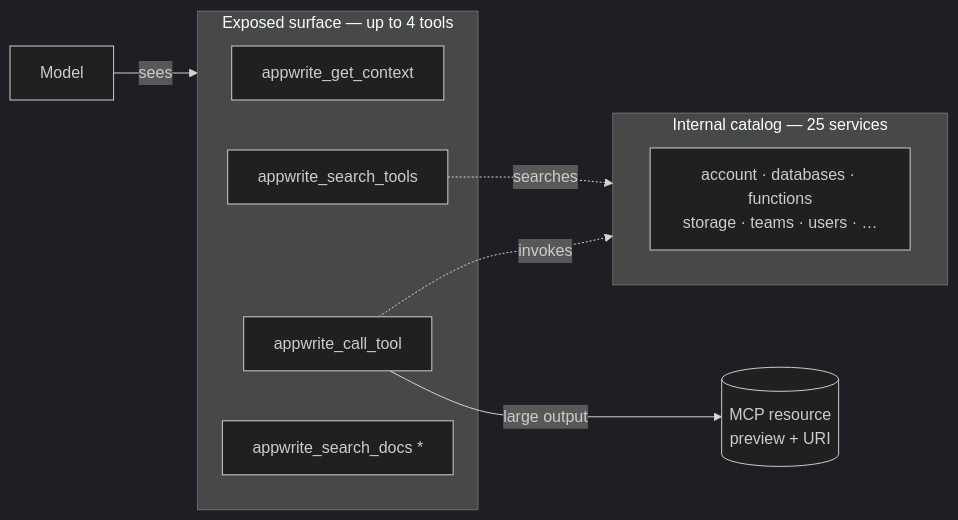
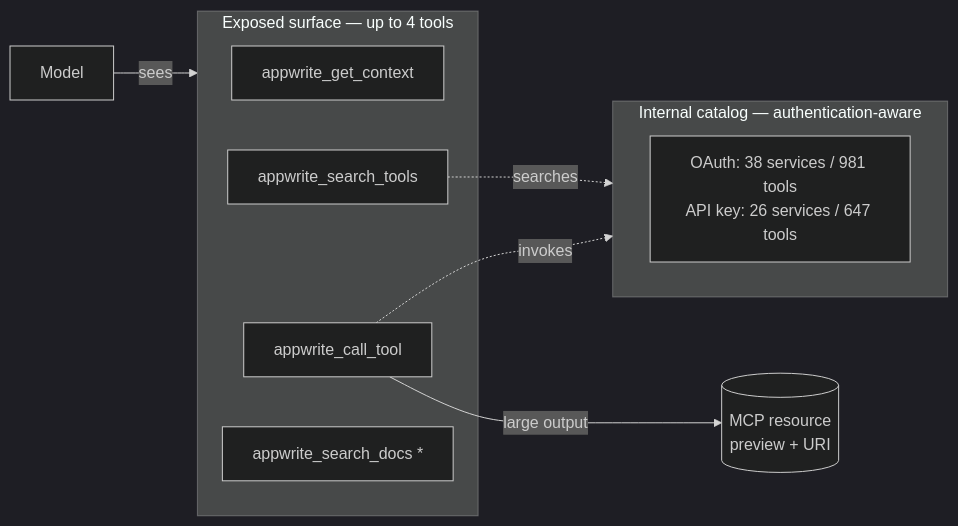
Before and after one commit to appwrite/mcp: the diagram in docs/tool-surface.md, drawn with Mermaid (dark theme). The commit also changed other lines of this file and 23 other files, not shown here.

````diff
--- a/docs/tool-surface.md
+++ b/docs/tool-surface.md
@@ -7,21 +7,21 @@
 ```mermaid
 flowchart LR
     M[Model] -->|sees| E
 
     subgraph E[Exposed surface — up to 4 tools]
         C[appwrite_get_context]
         ST[appwrite_search_tools]
         CT[appwrite_call_tool]
         SD[appwrite_search_docs *]
     end
 
     ST -.searches.-> CAT
     CT -.invokes.-> CAT
 
-    subgraph CAT[Internal catalog — 25 services]
+    subgraph CAT[Internal catalog — authentication-aware]
         direction LR
-        K[account · databases · functions<br/>storage · teams · users · …]
+        K[OAuth: 38 services / 981 tools<br/>API key: 26 services / 647 tools]
     end
 
     CT -->|large output| R[(MCP resource<br/>preview + URI)]
 ```
````
